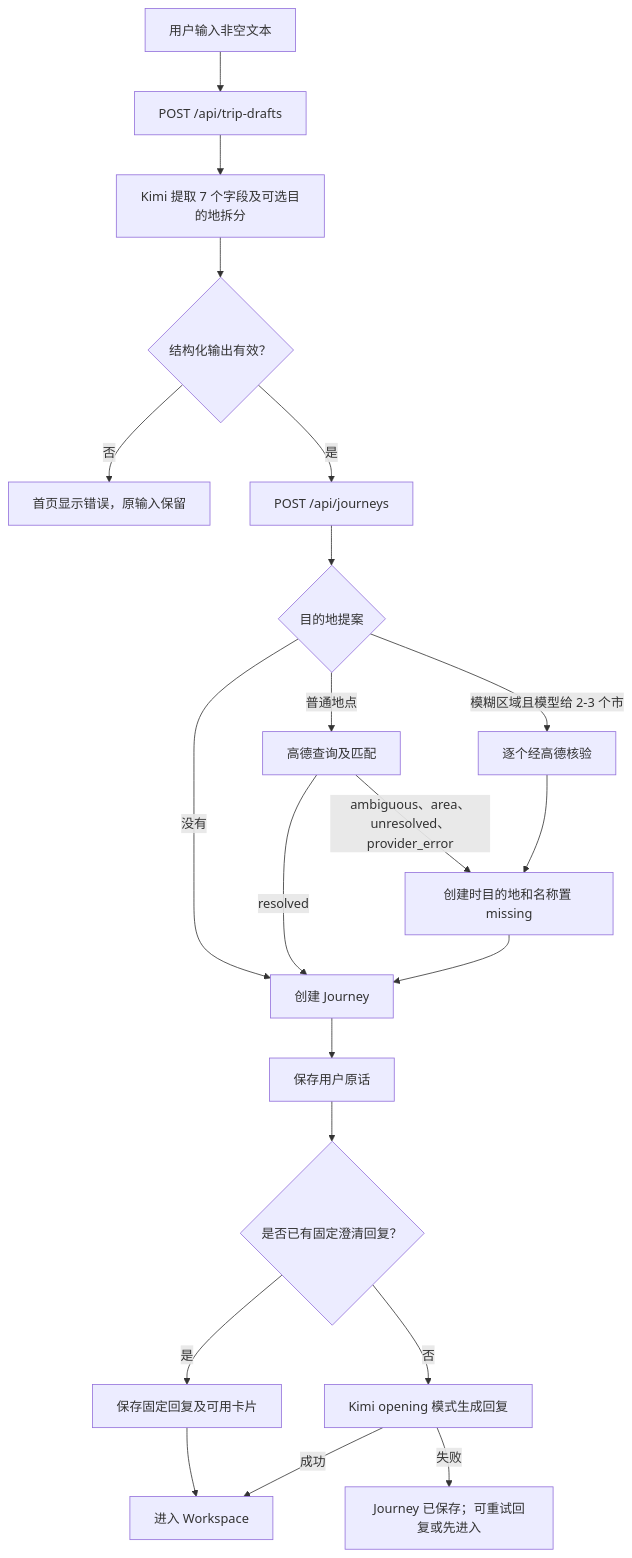
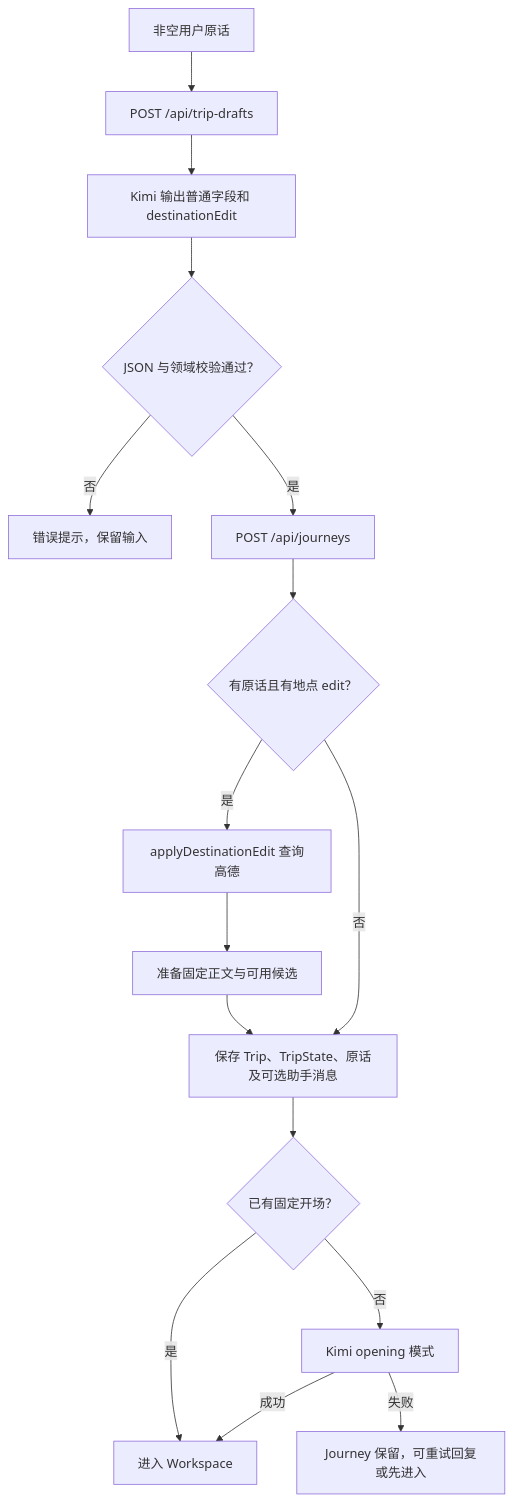
The second of 3 diagrams in docs/USER_FLOW_CURRENT.md (meiyulin22/Meri-Road-Trip), drawn with Mermaid before and after one commit. The commit also changed other lines of this file and 96 other files, not shown here.

Commit message:
refactor(destination): unify selection flow and province-city-spot state 1.009

````diff
--- a/docs/USER_FLOW_CURRENT.md
+++ b/docs/USER_FLOW_CURRENT.md
@@ -50,23 +68,18 @@
 ```mermaid
 flowchart TD
-  U[用户输入非空文本] --> A[POST /api/trip-drafts]
-  A --> B[Kimi 提取 7 个字段及可选目的地拆分]
-  B --> C{结构化输出有效？}
-  C -->|否| X[首页显示错误，原输入保留]
+  U[非空用户原话] --> A[POST /api/trip-drafts]
+  A --> B[Kimi 输出普通字段和 destinationEdit]
+  B --> C{JSON 与领域校验通过？}
+  C -->|否| X[错误提示，保留输入]
   C -->|是| D[POST /api/journeys]
-  D --> E{目的地提案}
-  E -->|没有| I[创建 Journey]
-  E -->|普通地点| F[高德查询及匹配]
-  E -->|模糊区域且模型给 2-3 个市| G[逐个经高德核验]
-  F -->|resolved| I
-  F -->|ambiguous、area、unresolved、provider_error| H[创建时目的地和名称置 missing]
-  G --> H
-  H --> I
-  I --> J[保存用户原话]
-  J --> K{是否已有固定澄清回复？}
-  K -->|是| L[保存固定回复及可用卡片]
-  K -->|否| M[Kimi opening 模式生成回复]
-  L --> N[进入 Workspace]
-  M -->|成功| N
-  M -->|失败| O[Journey 已保存；可重试回复或先进入]
+  D --> E{有原话且有地点 edit？}
+  E -->|是| G[applyDestinationEdit 查询高德]
+  G --> H[准备固定正文与可用候选]
+  H --> I[保存 Trip、TripState、原话及可选助手消息]
+  E -->|否| I
+  I --> J{已有固定开场？}
+  J -->|是| W[进入 Workspace]
+  J -->|否| K[Kimi opening 模式]
+  K -->|成功| W
+  K -->|失败| R[Journey 保留，可重试回复或先进入]
 ```
````
